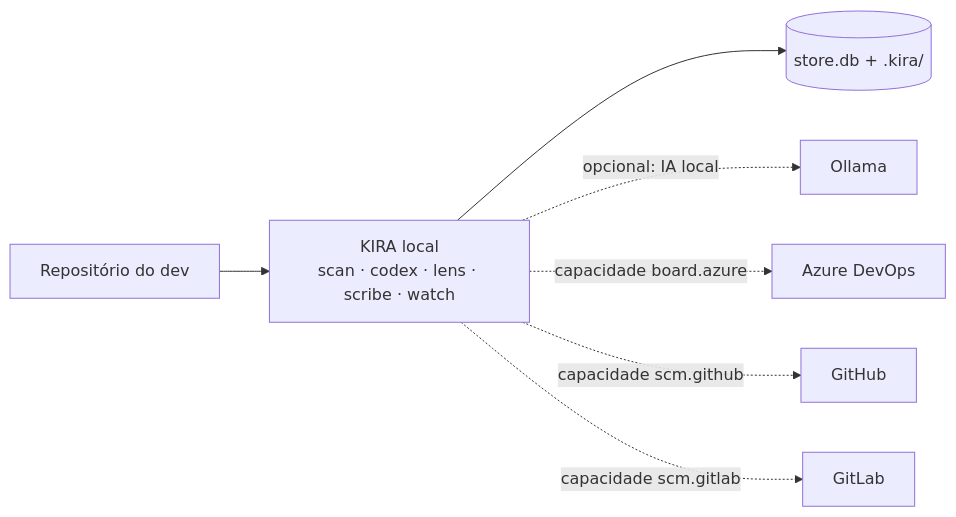
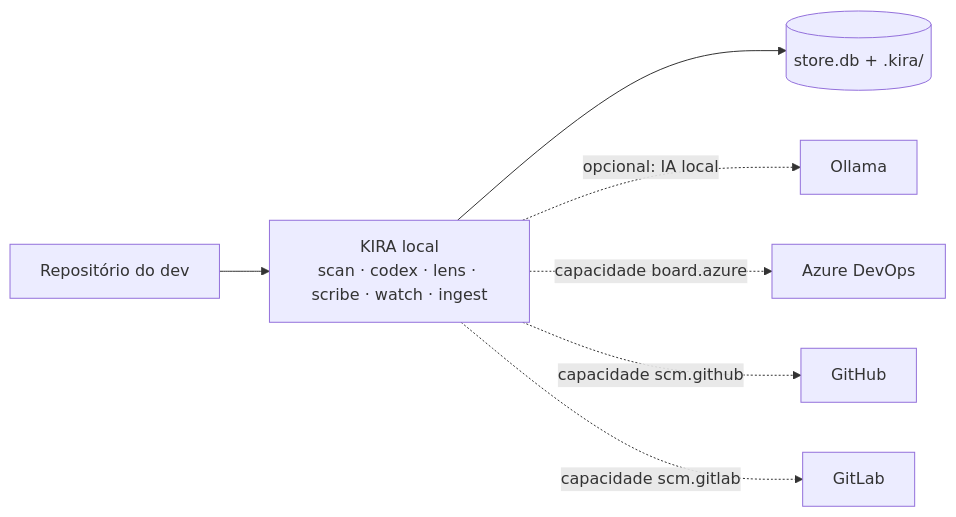
Before and after one commit to sergingroisman/kira: the first of 4 diagrams in docs/kira-jornadas.md, drawn with Mermaid. The commit also changed other lines of this file and 5 other files, not shown here.

````diff
--- a/docs/kira-jornadas.md
+++ b/docs/kira-jornadas.md
@@ -12,9 +12,9 @@
 ```mermaid
 flowchart LR
-  FS[Repositório do dev] --> CORE[KIRA local<br/>scan · codex · lens · scribe · watch]
+  FS[Repositório do dev] --> CORE[KIRA local<br/>scan · codex · lens · scribe · watch · ingest]
   CORE --> STORE[(store.db + .kira/)]
   CORE -.->|opcional: IA local| OLL[Ollama]
   CORE -.->|capacidade board.azure| ADO[Azure DevOps]
   CORE -.->|capacidade scm.github| GH[GitHub]
   CORE -.->|capacidade scm.gitlab| GL[GitLab]
 ```
````
